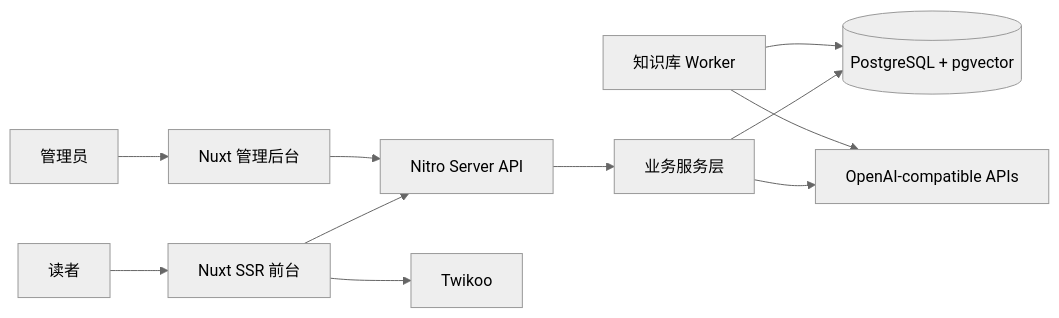
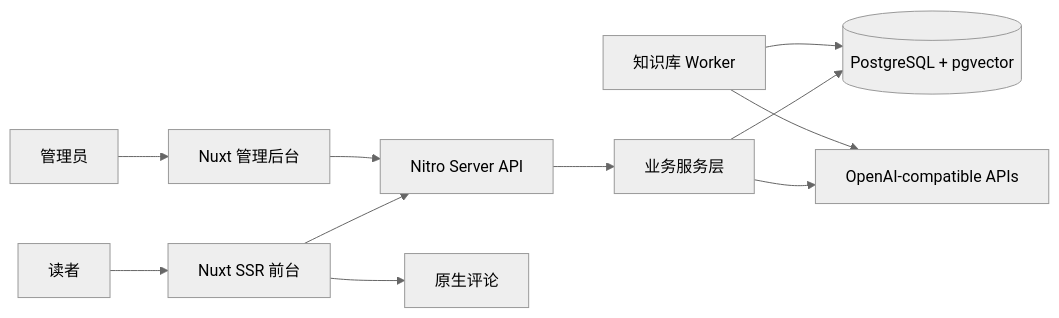
One commit to jiupan/blog-nuxt changed the diagram in README.md. Above: the diagram before and after it, drawn with Mermaid (neutral theme). The commit also changed other lines of this file and 69 other files, not shown here.

Commit message:
Replace Twikoo with native comments and moderation

````diff
--- a/README.md
+++ b/README.md
@@ -83,13 +83,13 @@
 ```mermaid
 flowchart LR
     Reader[读者] --> Web[Nuxt SSR 前台]
     Admin[管理员] --> Console[Nuxt 管理后台]
     Web --> API[Nitro Server API]
     Console --> API
     API --> Services[业务服务层]
     Services --> DB[(PostgreSQL + pgvector)]
     Services --> Models[OpenAI-compatible APIs]
     Worker[知识库 Worker] --> DB
     Worker --> Models
-    Web --> Twikoo[Twikoo]
+    Web --> Comments[原生评论]
 ```
````
